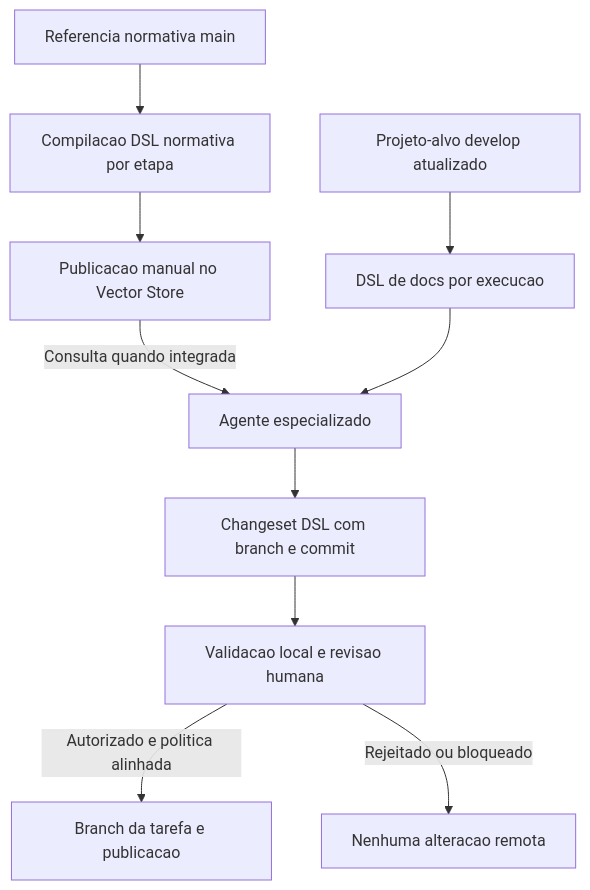
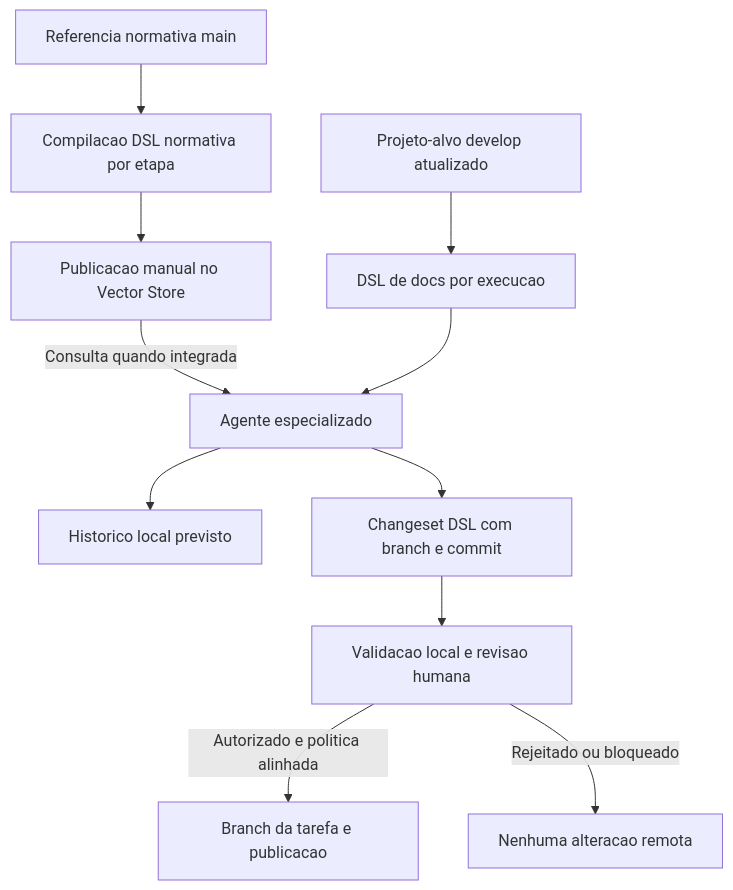
The second of 2 diagrams in docs/charter/README.md (ahhvahh/doc-arquitetura-app-debian), drawn with Mermaid before and after one commit. The commit also changed other lines of this file and 13 other files, not shown here.

Commit message:
docs(charter): documentar comparacao de modelos e historico local de inferencias

````diff
--- a/docs/charter/README.md
+++ b/docs/charter/README.md
@@ -20,12 +34,13 @@
 ```mermaid
 flowchart TD
     A[Referencia normativa main] --> B[Compilacao DSL normativa por etapa]
     B --> C[Publicacao manual no Vector Store]
     C -->|Consulta quando integrada| F[Agente especializado]
     D[Projeto-alvo develop atualizado] --> E[DSL de docs por execucao]
     E --> F
+    F --> L[Historico local previsto]
     F --> G[Changeset DSL com branch e commit]
     G --> H[Validacao local e revisao humana]
     H -->|Autorizado e politica alinhada| I[Branch da tarefa e publicacao]
     H -->|Rejeitado ou bloqueado| J[Nenhuma alteracao remota]
 ```
````
